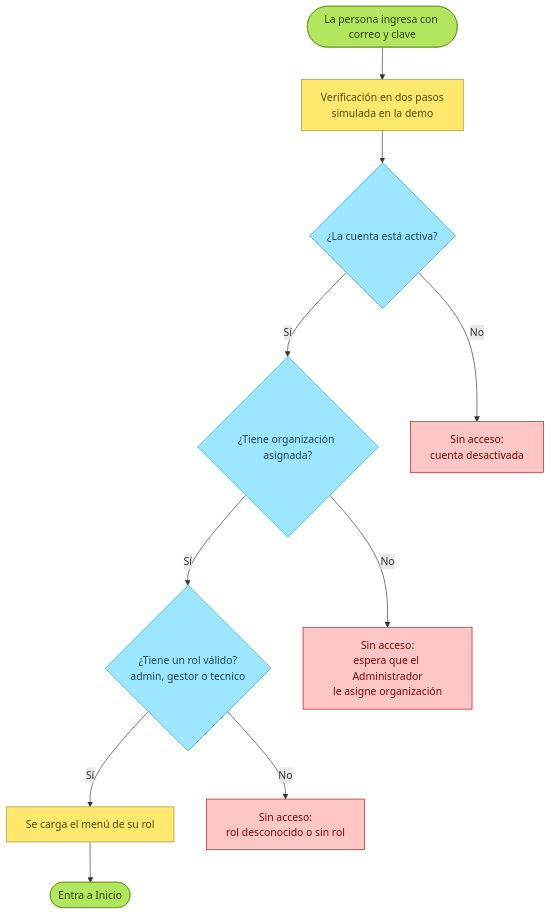
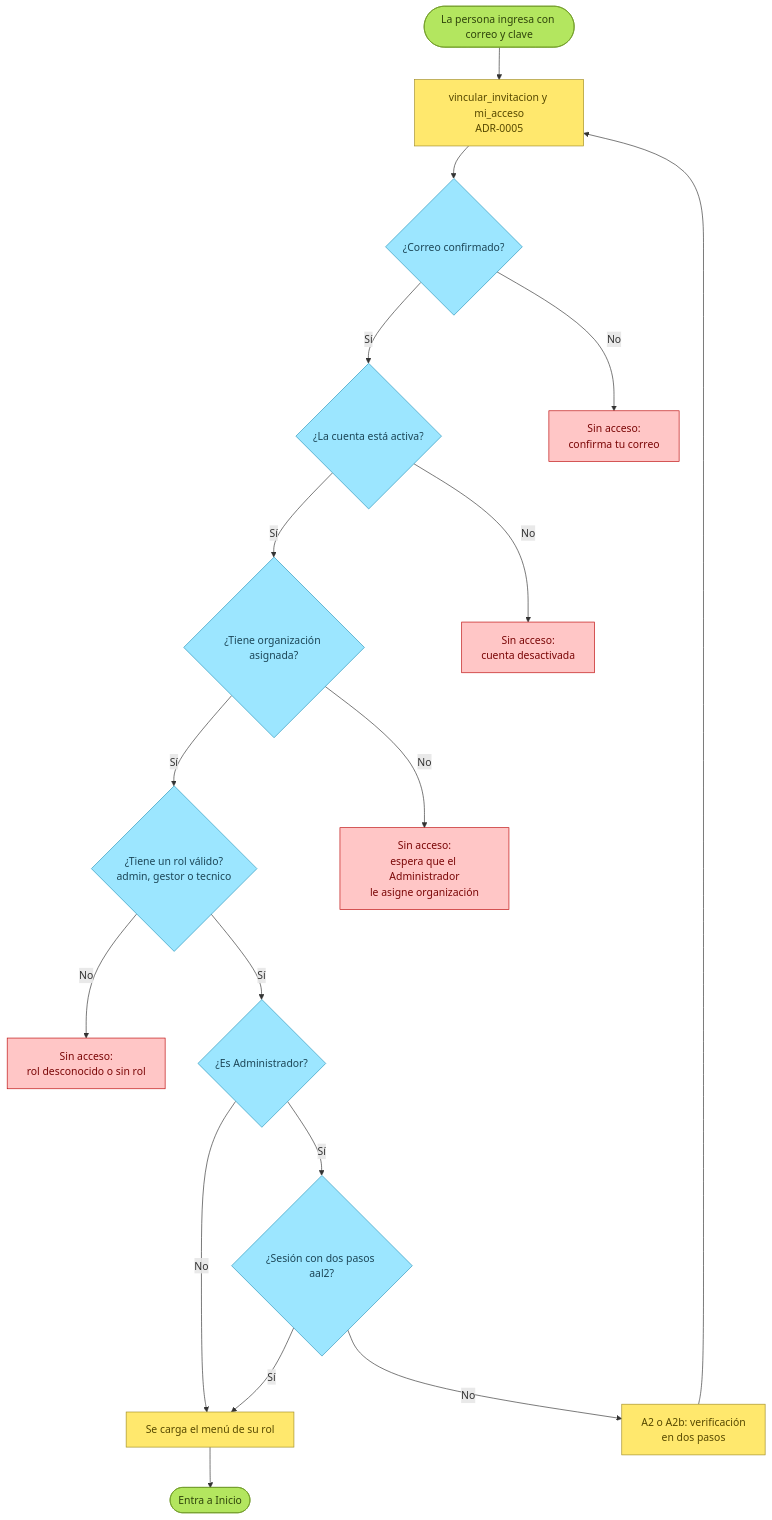
Before and after one commit to bernardoreveco/DentiHub: the first of 5 diagrams in docs/diagramas/permisos-por-rol.md, drawn with Mermaid. The commit also changed 48 other files, not shown here.

First line of the commit message:
Conecta el módulo Acceso a Supabase (ADR-0005) y corrige el despliegue en Vercel

````diff
--- a/docs/diagramas/permisos-por-rol.md
+++ b/docs/diagramas/permisos-por-rol.md
@@ -11,26 +11,37 @@
 ```mermaid
 flowchart TD
     classDef ini fill:#B3E65F,stroke:#6E9A24,color:#2F440B
     classDef paso fill:#FFE86D,stroke:#A28E26,color:#574900
     classDef dec fill:#9CE6FF,stroke:#2C97BB,color:#1C4657
     classDef no fill:#FFC6C6,stroke:#BD0A0A,color:#7A0606
 
     a1([La persona ingresa con correo y clave]):::ini
-    a2[Verificación en dos pasos<br/>simulada en la demo]:::paso
+    a2[vincular_invitacion y mi_acceso<br/>ADR-0005]:::paso
+    a0{¿Correo confirmado?}:::dec
     a3{¿La cuenta está activa?}:::dec
     a4{¿Tiene organización asignada?}:::dec
     a5{¿Tiene un rol válido?<br/>admin, gestor o tecnico}:::dec
     a6[Se carga el menú de su rol]:::paso
     a7([Entra a Inicio]):::ini
     x1[Sin acceso:<br/>cuenta desactivada]:::no
     x2[Sin acceso:<br/>espera que el Administrador<br/>le asigne organización]:::no
     x3[Sin acceso:<br/>rol desconocido o sin rol]:::no
+    x0[Sin acceso:<br/>confirma tu correo]:::no
+    m1{¿Es Administrador?}:::dec
+    m2{¿Sesión con dos pasos aal2?}:::dec
+    m3[A2 o A2b: verificación<br/>en dos pasos]:::paso
 
-    a1 --> a2 --> a3
+    a1 --> a2 --> a0
+    a0 -- No --> x0
+    a0 -- Sí --> a3
     a3 -- No --> x1
     a3 -- Sí --> a4
     a4 -- No --> x2
     a4 -- Sí --> a5
     a5 -- No --> x3
-    a5 -- Sí --> a6 --> a7
+    a5 -- Sí --> m1
+    m1 -- No --> a6 --> a7
+    m1 -- Sí --> m2
+    m2 -- Sí --> a6
+    m2 -- No --> m3 --> a2
 ```
````
